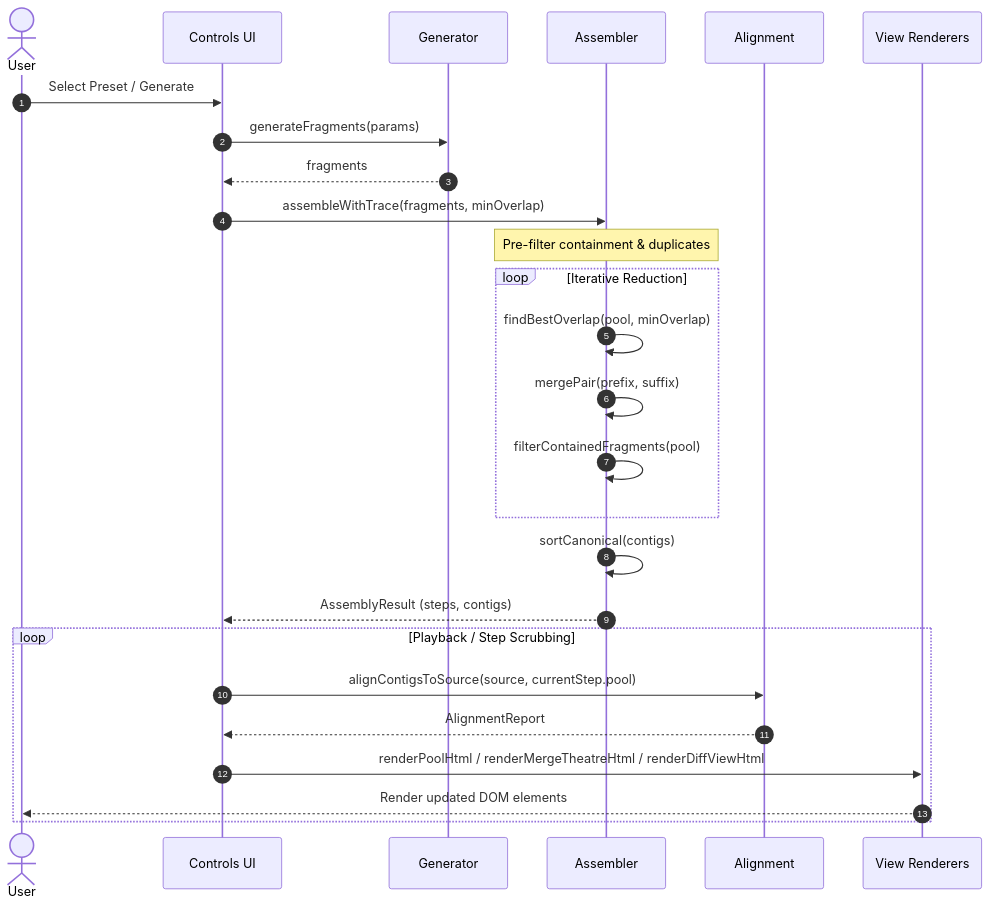
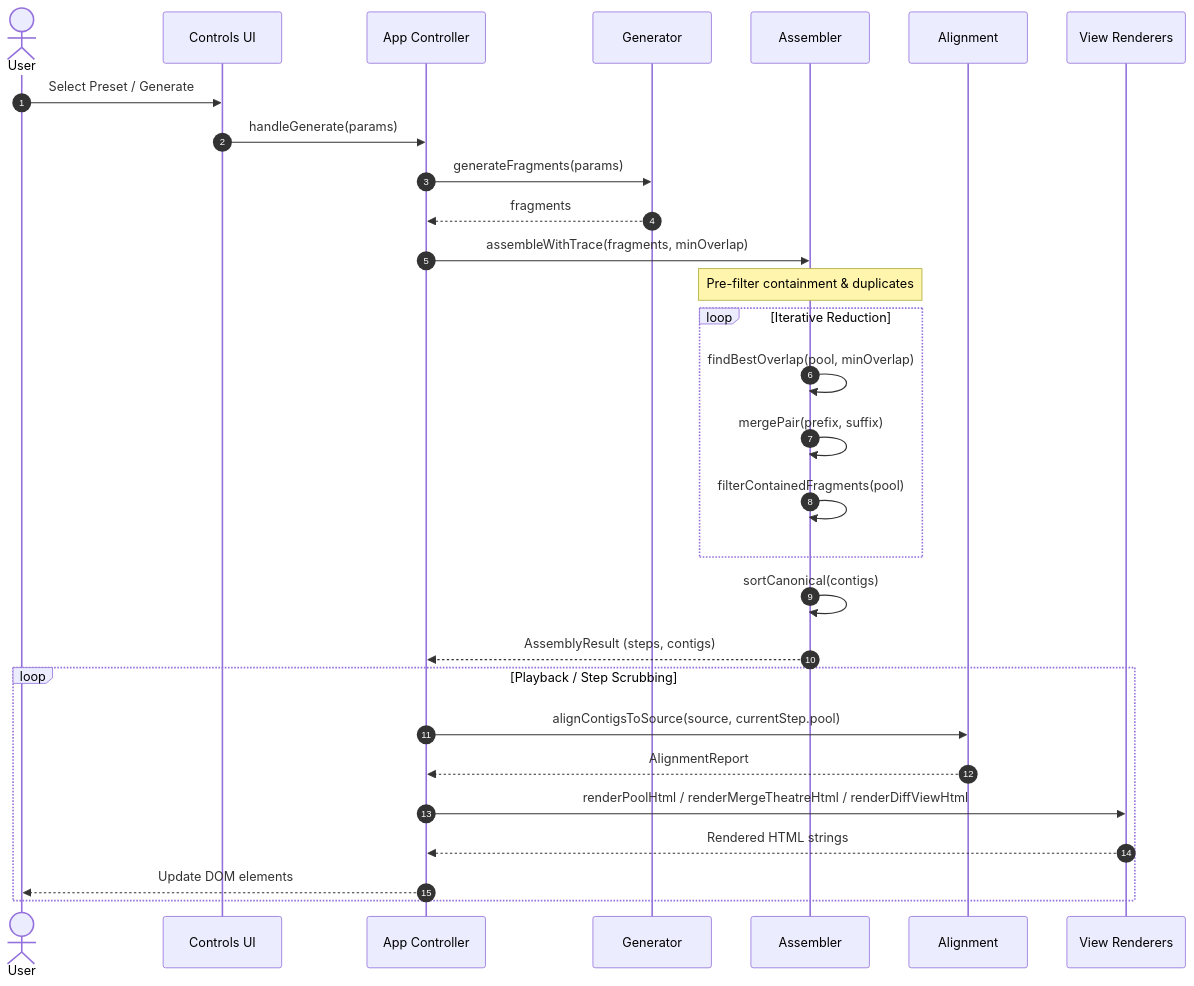
One commit to frankhjung/typescript-reconstruct-strings-web changed the diagram in README.md. Above: the diagram before and after it, drawn with Mermaid. The commit also changed other lines of this file and 30 other files, not shown here.

````diff
--- a/README.md
+++ b/README.md
@@ -24,29 +24,32 @@
 ```mermaid
 sequenceDiagram
   autonumber
   actor User
   participant UI as Controls UI
+  participant App as App Controller
   participant Gen as Generator
   participant Asm as Assembler
   participant Align as Alignment
   participant View as View Renderers
 
   User->>UI: Select Preset / Generate
-  UI->>Gen: generateFragments(params)
-  Gen-->>UI: fragments
-  UI->>Asm: assembleWithTrace(fragments, minOverlap)
+  UI->>App: handleGenerate(params)
+  App->>Gen: generateFragments(params)
+  Gen-->>App: fragments
+  App->>Asm: assembleWithTrace(fragments, minOverlap)
   Note over Asm: Pre-filter containment & duplicates
   loop Iterative Reduction
     Asm->>Asm: findBestOverlap(pool, minOverlap)
     Asm->>Asm: mergePair(prefix, suffix)
     Asm->>Asm: filterContainedFragments(pool)
   end
   Asm->>Asm: sortCanonical(contigs)
-  Asm-->>UI: AssemblyResult (steps, contigs)
+  Asm-->>App: AssemblyResult (steps, contigs)
   loop Playback / Step Scrubbing
-    UI->>Align: alignContigsToSource(source, currentStep.pool)
-    Align-->>UI: AlignmentReport
-    UI->>View: renderPoolHtml / renderMergeTheatreHtml / renderDiffViewHtml
-    View-->>User: Render updated DOM elements
+    App->>Align: alignContigsToSource(source, currentStep.pool)
+    Align-->>App: AlignmentReport
+    App->>View: renderPoolHtml / renderMergeTheatreHtml / renderDiffViewHtml
+    View-->>App: Rendered HTML strings
+    App-->>User: Update DOM elements
   end
 ```
````
